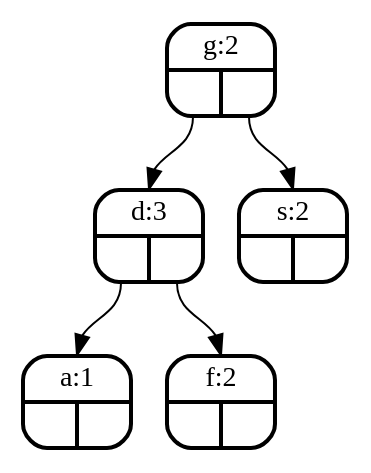
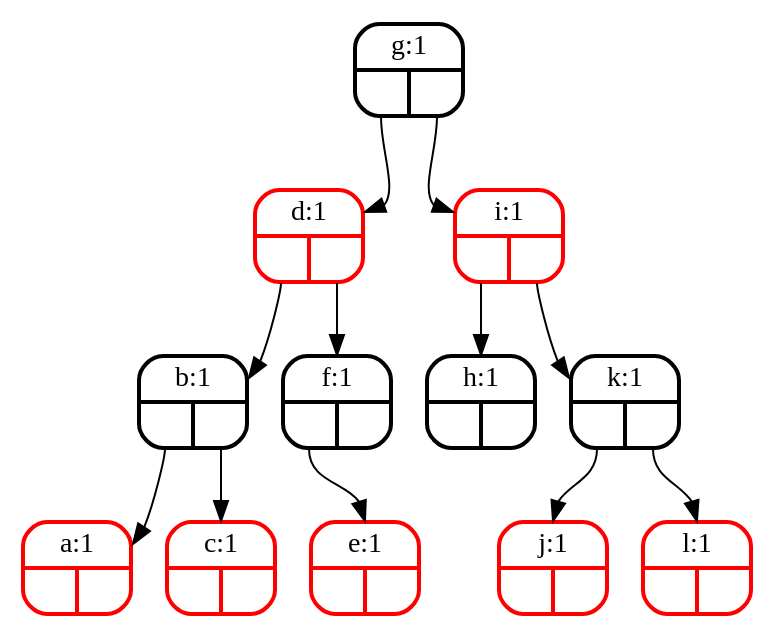
One commit to bencravens/spellchecker changed the diagram in tree-view.dot. Above: the diagram before and after it, drawn with Graphviz. The commit also changed 4 other files, not shown here.

```diff
--- a/tree-view.dot
+++ b/tree-view.dot
@@ -1,12 +1,26 @@
 digraph tree {
 node [shape = Mrecord, penwidth = 2];
-"g"[label="{<f0>g:2|{<f1>|<f2>}}"color=black];
-"d"[label="{<f0>d:3|{<f1>|<f2>}}"color=black];
-"a"[label="{<f0>a:1|{<f1>|<f2>}}"color=black];
-"d":f1 -> "a":f0;
-"f"[label="{<f0>f:2|{<f1>|<f2>}}"color=black];
+"g"[label="{<f0>g:1|{<f1>|<f2>}}"color=black];
+"d"[label="{<f0>d:1|{<f1>|<f2>}}"color=red];
+"b"[label="{<f0>b:1|{<f1>|<f2>}}"color=black];
+"a"[label="{<f0>a:1|{<f1>|<f2>}}"color=red];
+"b":f1 -> "a":f0;
+"c"[label="{<f0>c:1|{<f1>|<f2>}}"color=red];
+"b":f2 -> "c":f0;
+"d":f1 -> "b":f0;
+"f"[label="{<f0>f:1|{<f1>|<f2>}}"color=black];
+"e"[label="{<f0>e:1|{<f1>|<f2>}}"color=red];
+"f":f1 -> "e":f0;
 "d":f2 -> "f":f0;
 "g":f1 -> "d":f0;
-"s"[label="{<f0>s:2|{<f1>|<f2>}}"color=black];
-"g":f2 -> "s":f0;
+"i"[label="{<f0>i:1|{<f1>|<f2>}}"color=red];
+"h"[label="{<f0>h:1|{<f1>|<f2>}}"color=black];
+"i":f1 -> "h":f0;
+"k"[label="{<f0>k:1|{<f1>|<f2>}}"color=black];
+"j"[label="{<f0>j:1|{<f1>|<f2>}}"color=red];
+"k":f1 -> "j":f0;
+"l"[label="{<f0>l:1|{<f1>|<f2>}}"color=red];
+"k":f2 -> "l":f0;
+"i":f2 -> "k":f0;
+"g":f2 -> "i":f0;
 }
```
